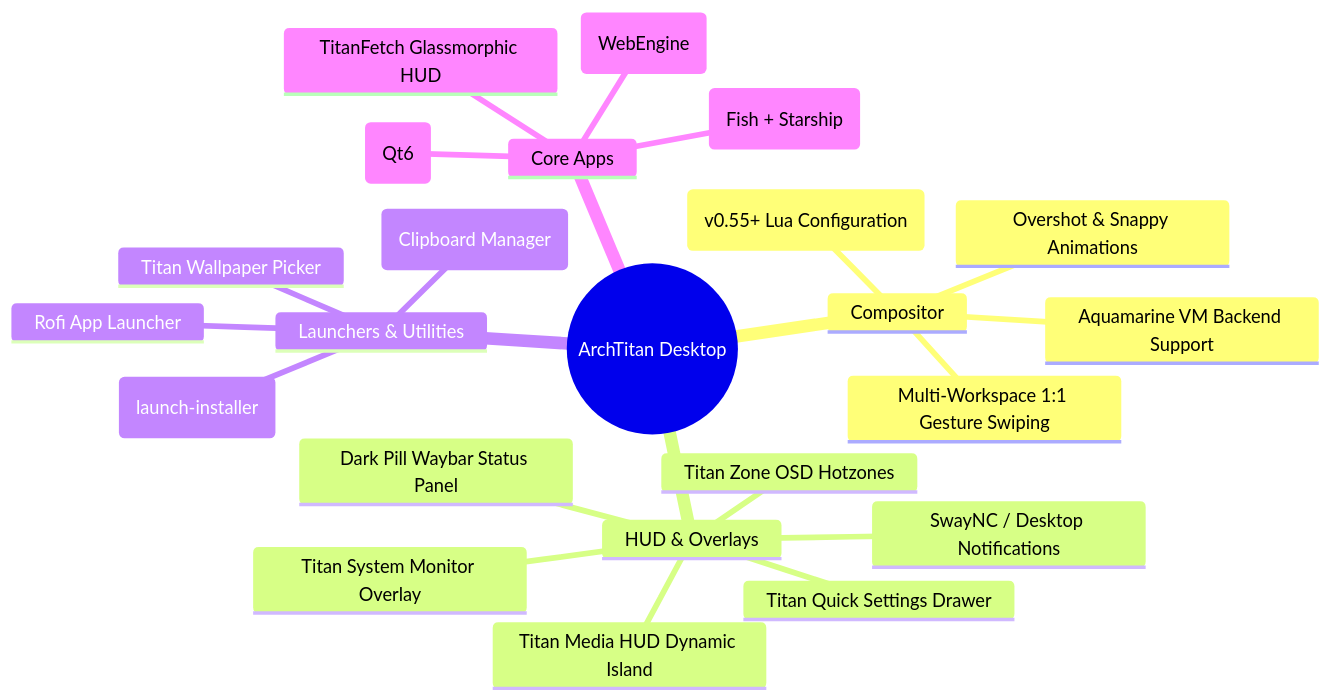
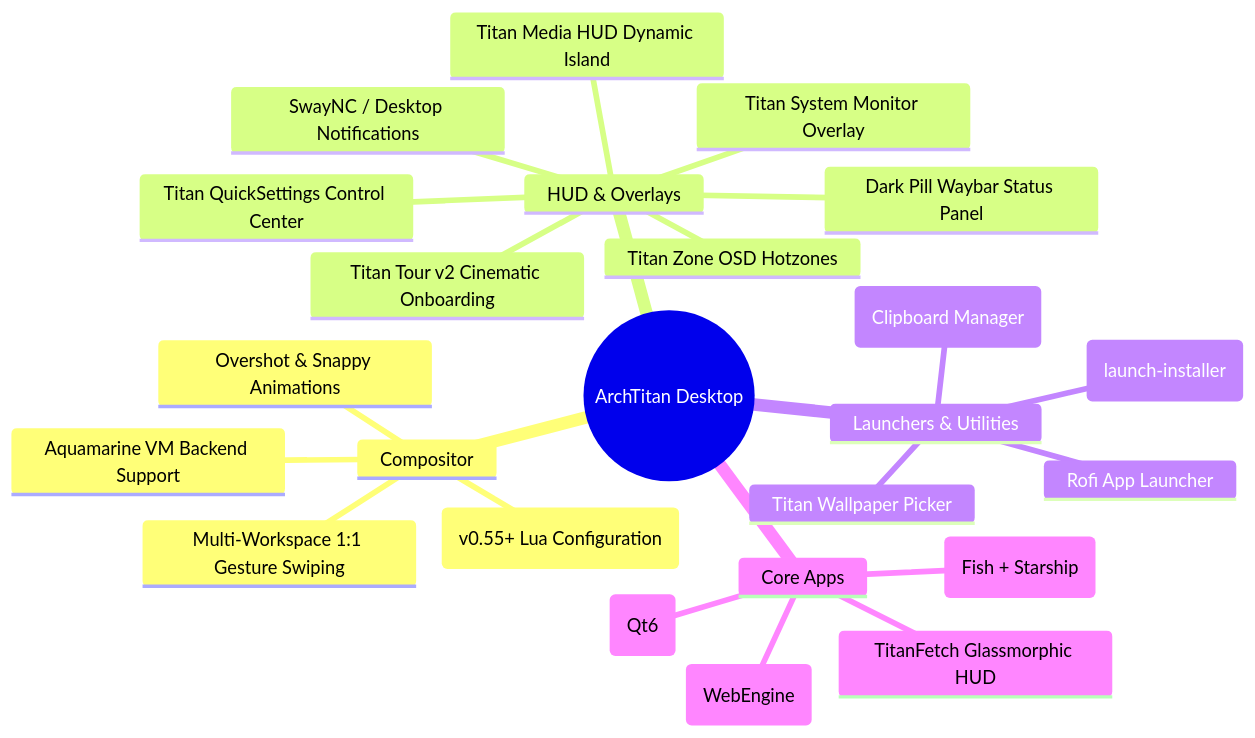
One commit to GitGuru29/ArchTitan-OS changed the second of 3 diagrams in README.md. Above: the diagram before and after it, drawn with Mermaid. The commit also changed other lines of this file and 1 other file, not shown here.

Commit message:
docs: update proposal scorecard to 100% for classifier, add quicksettings & tour v2, and document THM v3 benchmark results

````diff
--- a/README.md
+++ b/README.md
@@ -212,26 +220,27 @@
 ```mermaid
 mindmap
   root((ArchTitan Desktop))
     Compositor
       Hyprland (v0.55+ Lua Configuration)
       Aquamarine VM Backend Support
       Overshot & Snappy Animations
       Multi-Workspace 1:1 Gesture Swiping
     HUD & Overlays
       Dark Pill Waybar Status Panel
+      Titan QuickSettings Control Center
+      Titan Tour v2 Cinematic Onboarding
       Titan Media HUD Dynamic Island
-      Titan Quick Settings Drawer
       Titan System Monitor Overlay
       Titan Zone OSD Hotzones
       SwayNC / Desktop Notifications
     Launchers & Utilities
       Rofi App Launcher
       Titan Wallpaper Picker
       Cliphist (Clipboard Manager)
       Calamares (launch-installer)
     Core Apps
       Kitty (Fish + Starship)
       Titan Browser (WebEngine)
       ArchTitan Settings (Qt6)
       TitanFetch Glassmorphic HUD
 ```
````
